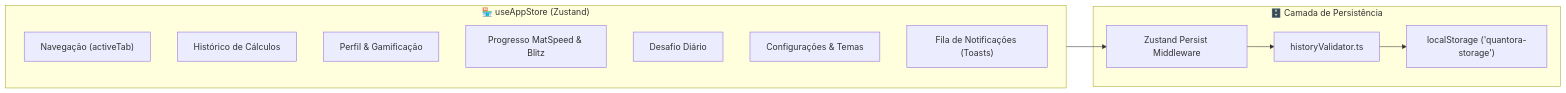
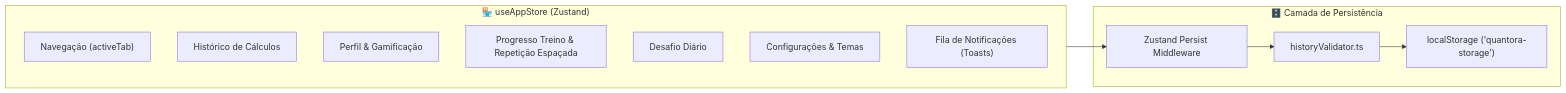
One commit to Jklmkii/math changed the diagram in docs/Arquitetura de Estado & Persistencia.md. Above: the diagram before and after it, drawn with Mermaid. The commit also changed 14 other files, not shown here.

Commit message:
feat: implement pedagogical spaced repetition, permanent CI/CD security and purge MatSpeed branding

````diff
--- a/docs/Arquitetura de Estado & Persistencia.md
+++ b/docs/Arquitetura de Estado & Persistencia.md
@@ -18,22 +18,22 @@
 ```mermaid
 graph LR
     subgraph ZustandStore["🏪 useAppStore (Zustand)"]
         NavState["Navegação (activeTab)"]
         HistState["Histórico de Cálculos"]
         ProfState["Perfil & Gamificação"]
-        QuizState["Progresso MatSpeed & Blitz"]
+        QuizState["Progresso Treino & Repetição Espaçada"]
         DailyState["Desafio Diário"]
         SetState["Configurações & Temas"]
         ToastState["Fila de Notificações (Toasts)"]
     end
 
     subgraph StorageLayer["🗄️ Camada de Persistência"]
         Middleware["Zustand Persist Middleware"]
         Validator["historyValidator.ts"]
         LocalStorage["localStorage ('quantora-storage')"]
     end
 
     ZustandStore --> Middleware
     Middleware --> Validator
     Validator --> LocalStorage
 ```
````
